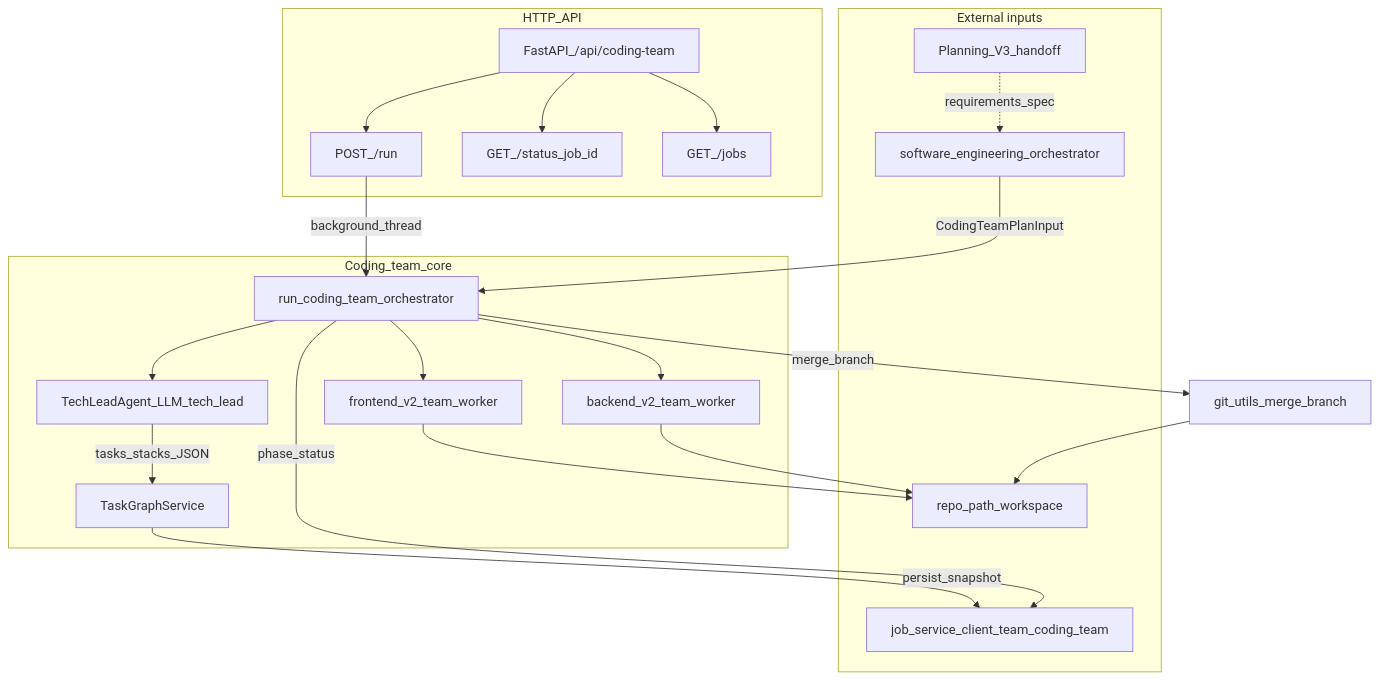
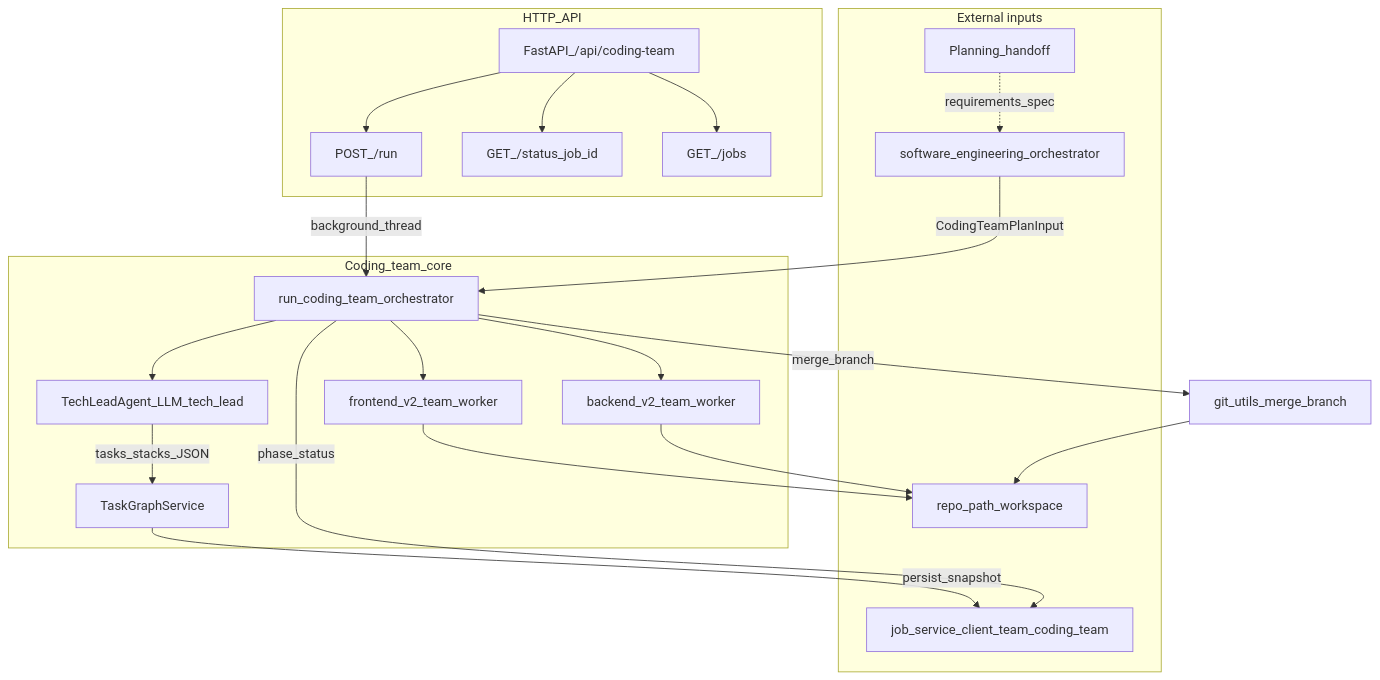
The first of 2 diagrams in backend/agents/coding_team/README.md (brandonkindred/Khala-Agentic-AI-Teams), drawn with Mermaid before and after one commit. The commit also changed other lines of this file and 20 other files, not shown here.

````diff
--- a/backend/agents/coding_team/README.md
+++ b/backend/agents/coding_team/README.md
@@ -9,38 +9,38 @@
 ```mermaid
 flowchart TB
   subgraph external [External inputs]
     SEOrch[software_engineering_orchestrator]
-    PlanV3[Planning_V3_handoff]
+    Planning[Planning_handoff]
     Repo[repo_path_workspace]
     JobSvc[job_service_client_team_coding_team]
   end
 
   subgraph api [HTTP_API]
     FastAPI["FastAPI_/api/coding-team"]
     FastAPI --> Run["POST_/run"]
     FastAPI --> Status["GET_/status_job_id"]
     FastAPI --> Jobs["GET_/jobs"]
   end
 
   subgraph core [Coding_team_core]
     Orch[run_coding_team_orchestrator]
     TL[TechLeadAgent_LLM_tech_lead]
     TG[TaskGraphService]
     FE2[frontend_v2_team_worker]
     BE2[backend_v2_team_worker]
   end
 
   SEOrch -->|"CodingTeamPlanInput"| Orch
-  PlanV3 -.->|"requirements_spec"| SEOrch
+  Planning -.->|"requirements_spec"| SEOrch
   Run -->|"background_thread"| Orch
   Orch --> TL
   TL -->|"tasks_stacks_JSON"| TG
   Orch --> FE2
   Orch --> BE2
   TG -->|"persist_snapshot"| JobSvc
   Orch -->|"phase_status"| JobSvc
   FE2 --> Repo
   BE2 --> Repo
   Orch -->|"merge_branch"| GitUtil[git_utils_merge_branch]
   GitUtil --> Repo
 ```
````
